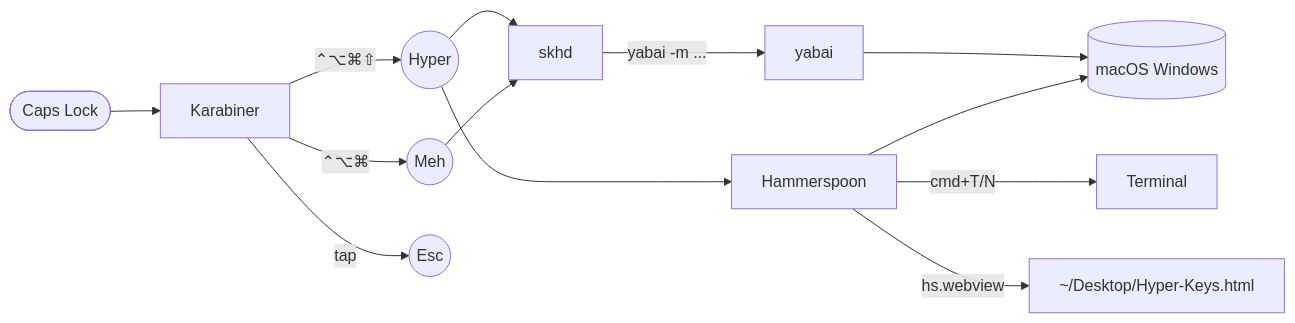
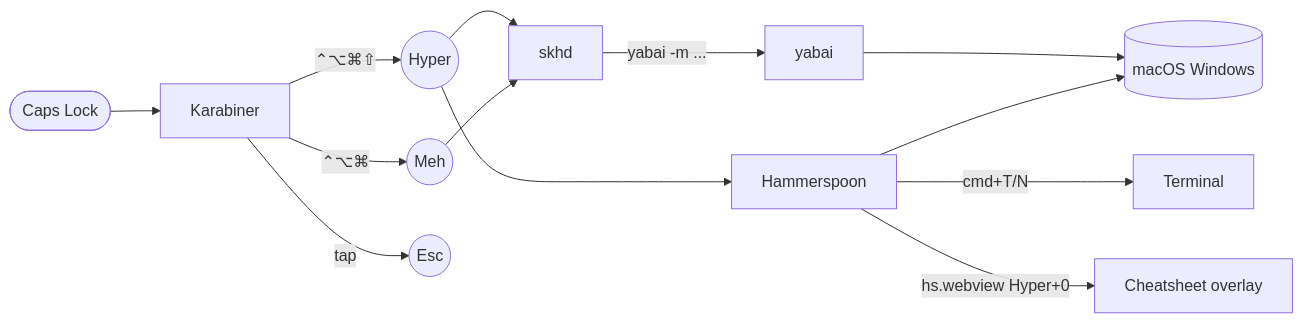
One commit to adames/dotfiles changed the diagram in docs/architecture.md. Above: the diagram before and after it, drawn with Mermaid. The commit also changed other lines of this file and 5 other files, not shown here.

````diff
--- a/docs/architecture.md
+++ b/docs/architecture.md
@@ -8,18 +8,18 @@
 ```mermaid
 graph LR
   CapsLock([Caps Lock]) --> Karabiner
   Karabiner -->|"⌃⌥⌘⇧"| Hyper((Hyper))
   Karabiner -->|"⌃⌥⌘"| Meh((Meh))
   Karabiner -->|tap| Esc((Esc))
 
   Hyper --> skhd
   Meh --> skhd
   skhd -->|"yabai -m ..."| yabai
 
   Hyper --> Hammerspoon
   Hammerspoon -->|cmd+T/N| Terminal
-  Hammerspoon -->|hs.webview| Cheatsheet[~/Desktop/Hyper-Keys.html]
+  Hammerspoon -->|hs.webview Hyper+0| Cheatsheet[Cheatsheet overlay]
 
   yabai --> Windows[(macOS Windows)]
   Hammerspoon --> Windows
 ```
````
